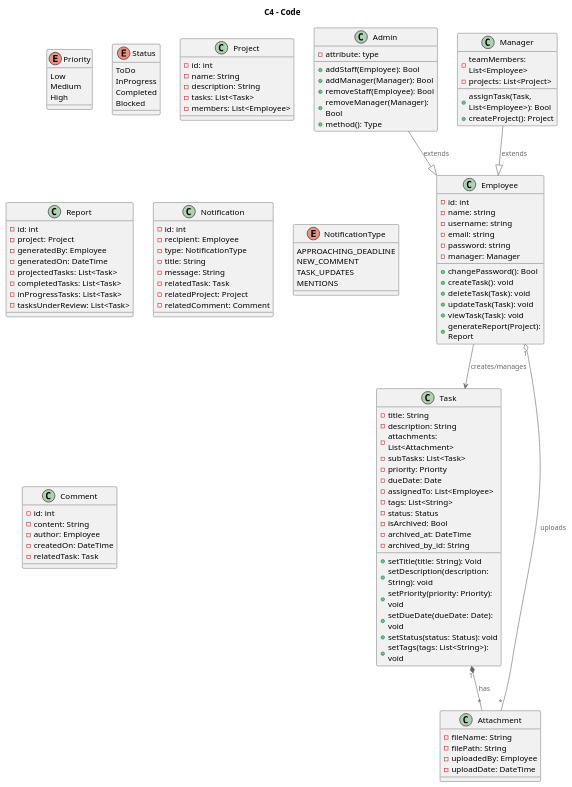
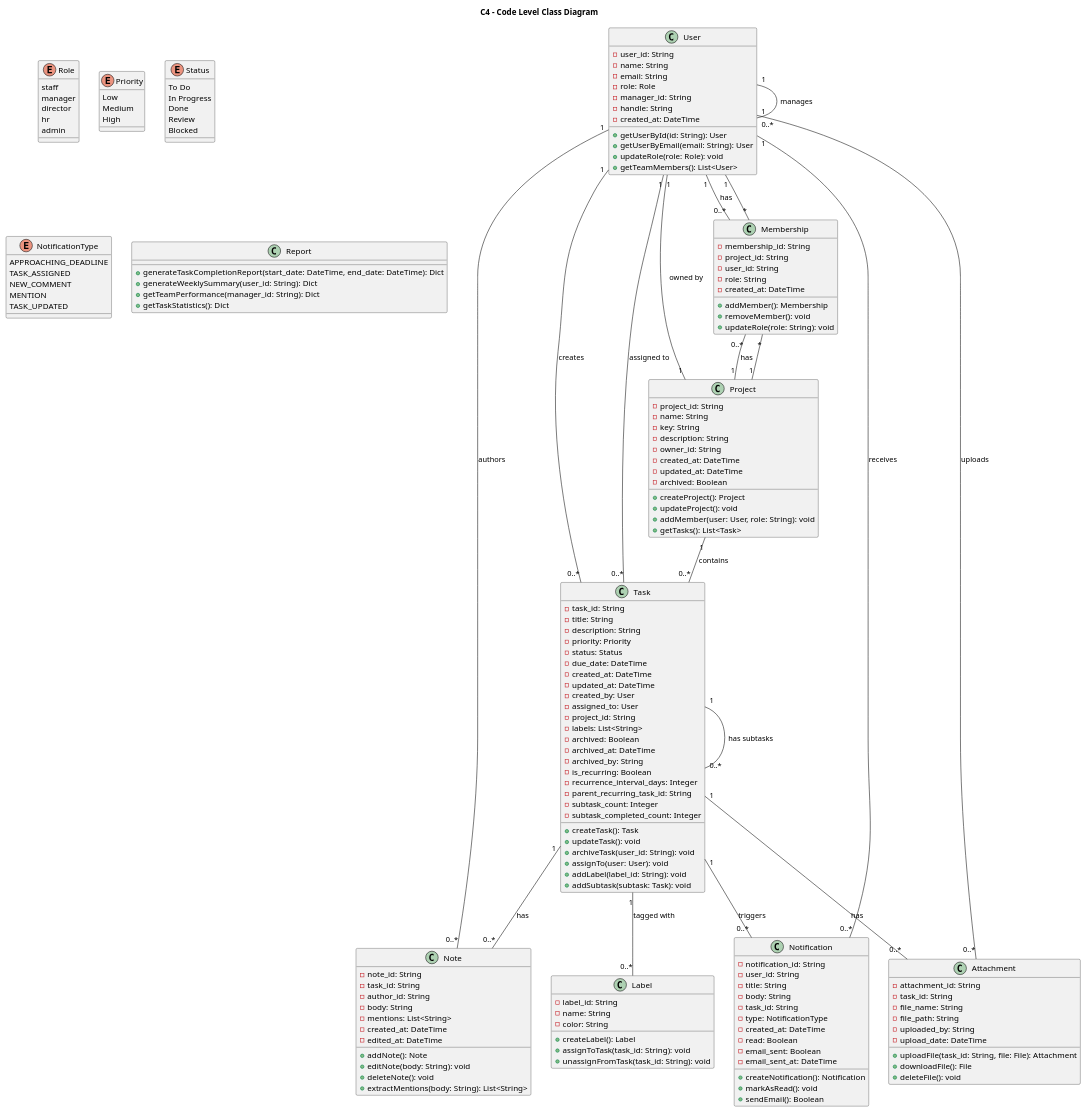
One commit to XavierTanMT/IS212---Software_Project_Management changed the diagram in plantuml/c4_class.puml. Above: the diagram before and after it, drawn with PlantUML. The commit also changed 5 other files, not shown here.

Commit message:
UML/ Update Diagrams

```diff
--- a/plantuml/c4_class.puml
+++ b/plantuml/c4_class.puml
@@ -1,131 +1,183 @@
 @startuml c4_class
-!include <C4/C4_Context>
+title C4 - Code Level Class Diagram
 
-title C4 - Code
-
-class Employee {
-  - id: int
-  - name: string
-  - username: string
-  - email: string
-  - password: string
-  - manager: Manager
-  + changePassword(): Bool
-  + createTask(): void
-  + deleteTask(Task): void
-  + updateTask(Task): void
-  + viewTask(Task): void
-  + generateReport(Project): Report
-}
-
-class Admin {
-  - attribute: type
-  + addStaff(Employee): Bool
-  + addManager(Manager): Bool
-  + removeStaff(Employee): Bool
-  + removeManager(Manager): Bool
-  + method(): Type
-}
-
-class Manager {
-  - teamMembers: List<Employee>
-  - projects: List<Project>
-  + assignTask(Task, List<Employee>): Bool
-  + createProject(): Project
+enum Role {
+    staff
+    manager
+    director
+    hr
+    admin
 }
 
 enum Priority {
     Low
     Medium
     High
 }
 
 enum Status {
-    ToDo
-    InProgress
-    Completed
+    To Do
+    In Progress
+    Done
+    Review
     Blocked
-}
-
-class Task {
-  - title: String
-  - description: String
-  - attachments: List<Attachment>
-  - subTasks: List<Task>
-  - priority: Priority
-  - dueDate: Date
-  - assignedTo: List<Employee>
-  - tags: List<String>
-  - status: Status
-  - isArchived: Bool
-  - archived_at: DateTime
-  - archived_by_id: String
-  + setTitle(title: String): Void
-  + setDescription(description: String): void
-  + setPriority(priority: Priority): void
-  + setDueDate(dueDate: Date): void
-  + setStatus(status: Status): void
-  + setTags(tags: List<String>): void
-}
-
-class Project {
-  - id: int
-  - name: String
-  - description: String
-  - tasks: List<Task>
-  - members: List<Employee>
-}
-
-class Attachment {
-  -fileName: String
-  -filePath: String
-  -uploadedBy: Employee
-  -uploadDate: DateTime
-}
-
-class Report {
-  - id: int
-  - project: Project
-  - generatedBy: Employee
-  - generatedOn: DateTime
-  - projectedTasks: List<Task>
-  - completedTasks: List<Task>
-  - inProgressTasks: List<Task>
-  - tasksUnderReview: List<Task>
-}
-
-class Notification {
-  - id: int
-  - recipient: Employee
-  - type: NotificationType
-  - title: String
-  - message: String
-  - relatedTask: Task
-  - relatedProject: Project
-  - relatedComment: Comment
 }
 
 enum NotificationType {
     APPROACHING_DEADLINE
+    TASK_ASSIGNED
     NEW_COMMENT
-    TASK_UPDATES
-    MENTIONS
+    MENTION
+    TASK_UPDATED
 }
 
-class Comment {
-  - id: int
-  - content: String
-  - author: Employee
-  - createdOn: DateTime
-  - relatedTask: Task
+class User {
+  - user_id: String
+  - name: String
+  - email: String
+  - role: Role
+  - manager_id: String
+  - handle: String
+  - created_at: DateTime
+  + getUserById(id: String): User
+  + getUserByEmail(email: String): User
+  + updateRole(role: Role): void
+  + getTeamMembers(): List<User>
 }
 
-Task "1" *-- "*" Attachment : has
-Employee "1" o-- "*" Attachment : uploads
+class Task {
+  - task_id: String
+  - title: String
+  - description: String
+  - priority: Priority
+  - status: Status
+  - due_date: DateTime
+  - created_at: DateTime
+  - updated_at: DateTime
+  - created_by: User
+  - assigned_to: User
+  - project_id: String
+  - labels: List<String>
+  - archived: Boolean
+  - archived_at: DateTime
+  - archived_by: String
+  - is_recurring: Boolean
+  - recurrence_interval_days: Integer
+  - parent_recurring_task_id: String
+  - subtask_count: Integer
+  - subtask_completed_count: Integer
+  + createTask(): Task
+  + updateTask(): void
+  + archiveTask(user_id: String): void
+  + assignTo(user: User): void
+  + addLabel(label_id: String): void
+  + addSubtask(subtask: Task): void
+}
 
-Admin --|> Employee : extends
-Manager --|> Employee : extends
+class Project {
+  - project_id: String
+  - name: String
+  - key: String
+  - description: String
+  - owner_id: String
+  - created_at: DateTime
+  - updated_at: DateTime
+  - archived: Boolean
+  + createProject(): Project
+  + updateProject(): void
+  + addMember(user: User, role: String): void
+  + getTasks(): List<Task>
+}
 
-Employee --> Task : creates/manages
+class Membership {
+  - membership_id: String
+  - project_id: String
+  - user_id: String
+  - role: String
+  - created_at: DateTime
+  + addMember(): Membership
+  + removeMember(): void
+  + updateRole(role: String): void
+}
+
+class Note {
+  - note_id: String
+  - task_id: String
+  - author_id: String
+  - body: String
+  - mentions: List<String>
+  - created_at: DateTime
+  - edited_at: DateTime
+  + addNote(): Note
+  + editNote(body: String): void
+  + deleteNote(): void
+  + extractMentions(body: String): List<String>
+}
+
+class Label {
+  - label_id: String
+  - name: String
+  - color: String
+  + createLabel(): Label
+  + assignToTask(task_id: String): void
+  + unassignFromTask(task_id: String): void
+}
+
+class Attachment {
+  - attachment_id: String
+  - task_id: String
+  - file_name: String
+  - file_path: String
+  - uploaded_by: String
+  - upload_date: DateTime
+  + uploadFile(task_id: String, file: File): Attachment
+  + downloadFile(): File
+  + deleteFile(): void
+}
+
+class Notification {
+  - notification_id: String
+  - user_id: String
+  - title: String
+  - body: String
+  - task_id: String
+  - type: NotificationType
+  - created_at: DateTime
+  - read: Boolean
+  - email_sent: Boolean
+  - email_sent_at: DateTime
+  + createNotification(): Notification
+  + markAsRead(): void
+  + sendEmail(): Boolean
+}
+
+class Report {
+  + generateTaskCompletionReport(start_date: DateTime, end_date: DateTime): Dict
+  + generateWeeklySummary(user_id: String): Dict
+  + getTeamPerformance(manager_id: String): Dict
+  + getTaskStatistics(): Dict
+}
+
+' Relationships
+User "1" -- "0..*" Task : creates
+User "1" -- "0..*" Task : assigned to
+User "1" -- "0..*" Note : authors
+User "1" -- "0..*" Attachment : uploads
+User "1" -- "0..*" Notification : receives
+User "1" -- "0..*" Membership : has
+User "1" -- "0..*" User : manages
+
+Project "1" -- "0..*" Task : contains
+Project "1" -- "0..*" Membership : has
+Project "1" -- "1" User : owned by
+
+Task "1" -- "0..*" Note : has
+Task "1" -- "0..*" Attachment : has
+Task "1" -- "0..*" Label : tagged with
+Task "1" -- "0..*" Task : has subtasks
+Task "1" -- "0..*" Notification : triggers
+
+Membership "*" -- "1" Project
+Membership "*" -- "1" User
 
 @enduml
```
